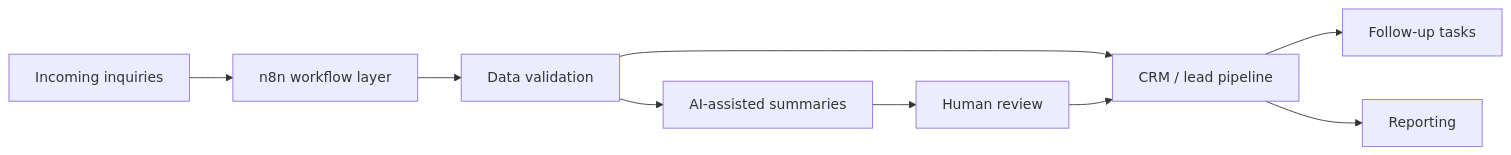
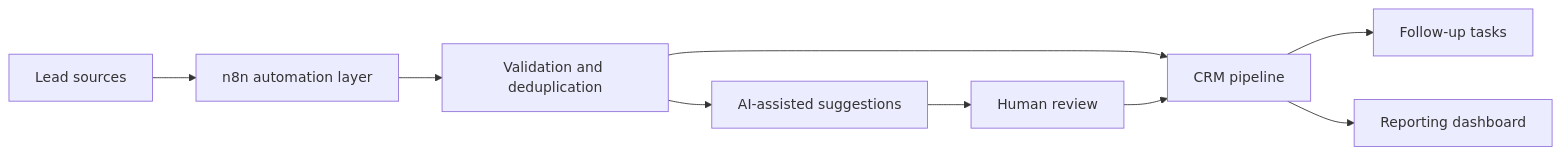
The diagram in README.md (shaimaamo1/madar-ai), drawn with Mermaid before and after one commit. The commit also changed other lines of this file, not shown here.

Commit message:
docs: show runnable demo, honest scope, setup, test badge and roadmap

````diff
--- a/README.md
+++ b/README.md
@@ -31,11 +69,11 @@
 ```mermaid
 flowchart LR
-    A[Incoming inquiries] --> B[n8n workflow layer]
-    B --> C[Data validation]
-    C --> D[CRM / lead pipeline]
-    C --> E[AI-assisted summaries]
+    A[Lead sources] --> B[n8n automation layer]
+    B --> C[Validation and deduplication]
+    C --> D[CRM pipeline]
+    C --> E[AI-assisted suggestions]
     E --> F[Human review]
     F --> D
     D --> G[Follow-up tasks]
-    D --> H[Reporting]
+    D --> H[Reporting dashboard]
 ```
````
